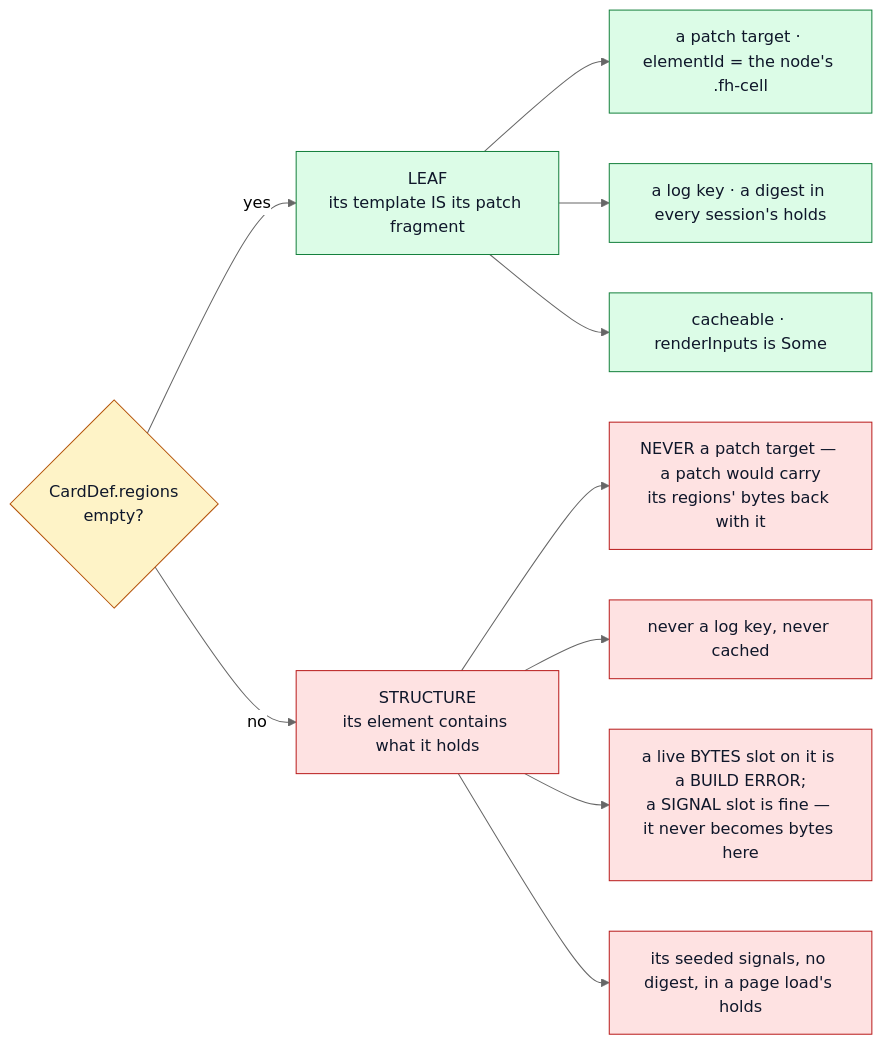
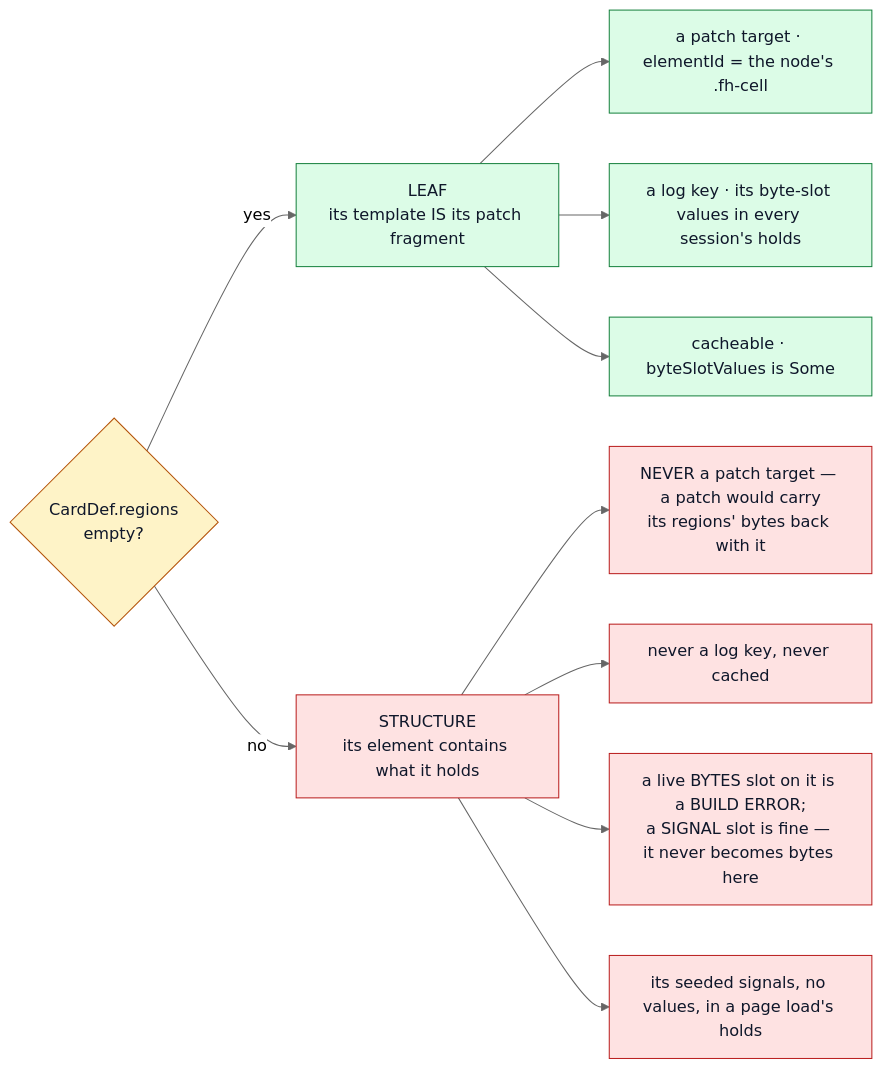
Before and after one commit to perok/functional-home-assistant: the fourth of 6 diagrams in docs/architecture-rendering-pipeline.md, drawn with Mermaid (neutral theme). The commit also changed other lines of this file and 53 other files, not shown here.

First line of the commit message:
Render cache: byte-slot values are the key and what a session holds (#689)

````diff
--- a/docs/architecture-rendering-pipeline.md
+++ b/docs/architecture-rendering-pipeline.md
@@ -715,22 +712,22 @@
 ```mermaid
 flowchart LR
   CARD{"CardDef.regions<br/>empty?"}
   CARD -->|yes| LEAF["LEAF<br/>its template IS its patch fragment"]
   CARD -->|no| STRUCT["STRUCTURE<br/>its element contains what it holds"]
 
   LEAF --> L1["a patch target · elementId = the node's .fh-cell"]
-  LEAF --> L2["a log key · a digest in every session's holds"]
-  LEAF --> L3["cacheable · renderInputs is Some"]
+  LEAF --> L2["a log key · its byte-slot values in every session's holds"]
+  LEAF --> L3["cacheable · byteSlotValues is Some"]
 
   STRUCT --> S1["NEVER a patch target — a patch would carry<br/>its regions' bytes back with it"]
   STRUCT --> S2["never a log key, never cached"]
   STRUCT --> S3["a live BYTES slot on it is a BUILD ERROR;<br/>a SIGNAL slot is fine — it never becomes bytes here"]
-  STRUCT --> S4["its seeded signals, no digest, in a page load's holds"]
+  STRUCT --> S4["its seeded signals, no values, in a page load's holds"]
 
   classDef leaf fill:#dcfce7,stroke:#15803d,color:#0f172a
   classDef struct fill:#fee2e2,stroke:#b91c1c,color:#0f172a
   classDef q fill:#fef3c7,stroke:#b45309,color:#0f172a
   class LEAF,L1,L2,L3 leaf
   class STRUCT,S1,S2,S3,S4 struct
   class CARD q
 ```
````
